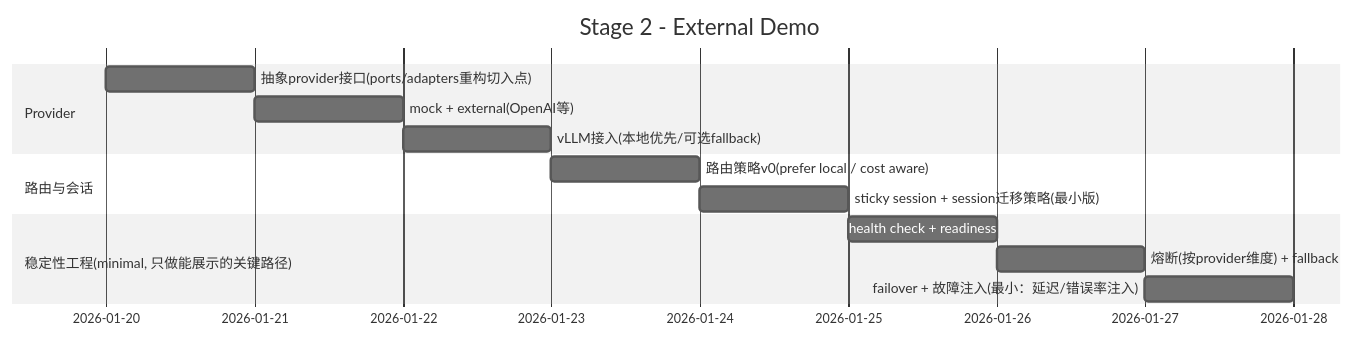
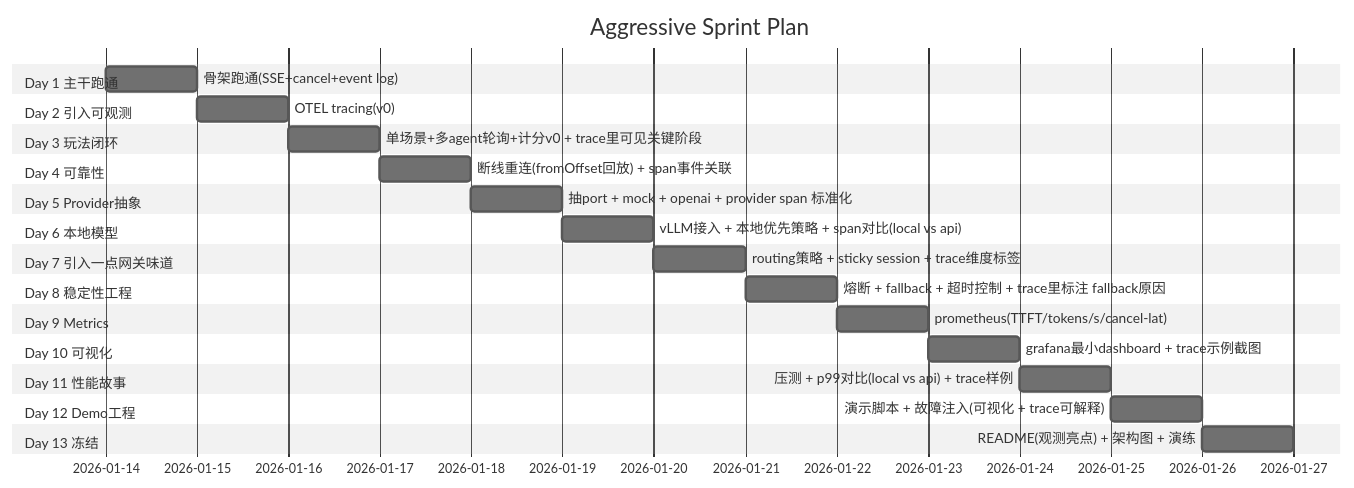
Before and after one commit to blacksheepaul/prompt_endgame: the diagram in README.md, drawn with Mermaid (neutral theme). The commit also changed other lines of this file, not shown here.

````diff
--- a/README.md
+++ b/README.md
@@ -154,22 +79,44 @@
 ```mermaid
 gantt
-    title Stage 2 - External Demo
-    dateFormat  YYYY-MM-DD
+title Aggressive Sprint Plan
+dateFormat YYYY-MM-DD
 
-    section Provider
-    抽象provider接口(ports/adapters重构切入点)         :a1, 2026-01-20, 1d
-    mock + external(OpenAI等)                           :a2, after a1, 1d
-    vLLM接入(本地优先/可选fallback)                      :a3, after a2, 1d
+section Day 1 主干跑通
+骨架跑通(SSE+cancel+event log)      :a1, 2026-01-14, 1d
 
-    section 路由与会话
-    路由策略v0(prefer local / cost aware)                :b1, 2026-01-23, 1d
-    sticky session + session迁移策略(最小版)             :b2, after b1, 1d
+section Day 2 引入可观测
+OTEL tracing(v0): http+service+provider spans + trace_id贯穿 :a2, after a1, 1d
 
-    section 稳定性工程(minimal, 只做能展示的关键路径)
-    health check + readiness                              :c1, 2026-01-25, 1d
-    熔断(按provider维度) + fallback                       :c2, after c1, 1d
-    failover + 故障注入(最小：延迟/错误率注入)            :c3, after c2, 1d
+section Day 3 玩法闭环
+单场景+多agent轮询+计分v0 + trace里可见关键阶段          :a3, after a2, 1d
 
+section Day 4 可靠性
+断线重连(fromOffset回放) + span事件关联                 :a4, after a3, 1d
 
+section Day 5 Provider抽象
+抽port + mock + openai + provider span 标准化           :a5, after a4, 1d
 
+section Day 6 本地模型
+vLLM接入 + 本地优先策略 + span对比(local vs api)        :a6, after a5, 1d
+
+section Day 7 引入一点网关味道
+routing策略 + sticky session + trace维度标签            :a7, after a6, 1d
+
+section Day 8 稳定性工程
+熔断 + fallback + 超时控制 + trace里标注 fallback原因     :a8, after a7, 1d
+
+section Day 9 Metrics
+prometheus(TTFT/tokens/s/cancel-lat)                    :a9, after a8, 1d
+
+section Day 10 可视化
+grafana最小dashboard + trace示例截图                     :a10, after a9, 1d
+
+section Day 11 性能故事
+压测 + p99对比(local vs api) + trace样例                :a11, after a10, 1d
+
+section Day 12 Demo工程
+演示脚本 + 故障注入(可视化 + trace可解释)               :a12, after a11, 1d
+
+section Day 13 冻结
+README(观测亮点) + 架构图 + 演练                        :a13, after a12, 1d
 ```
````
